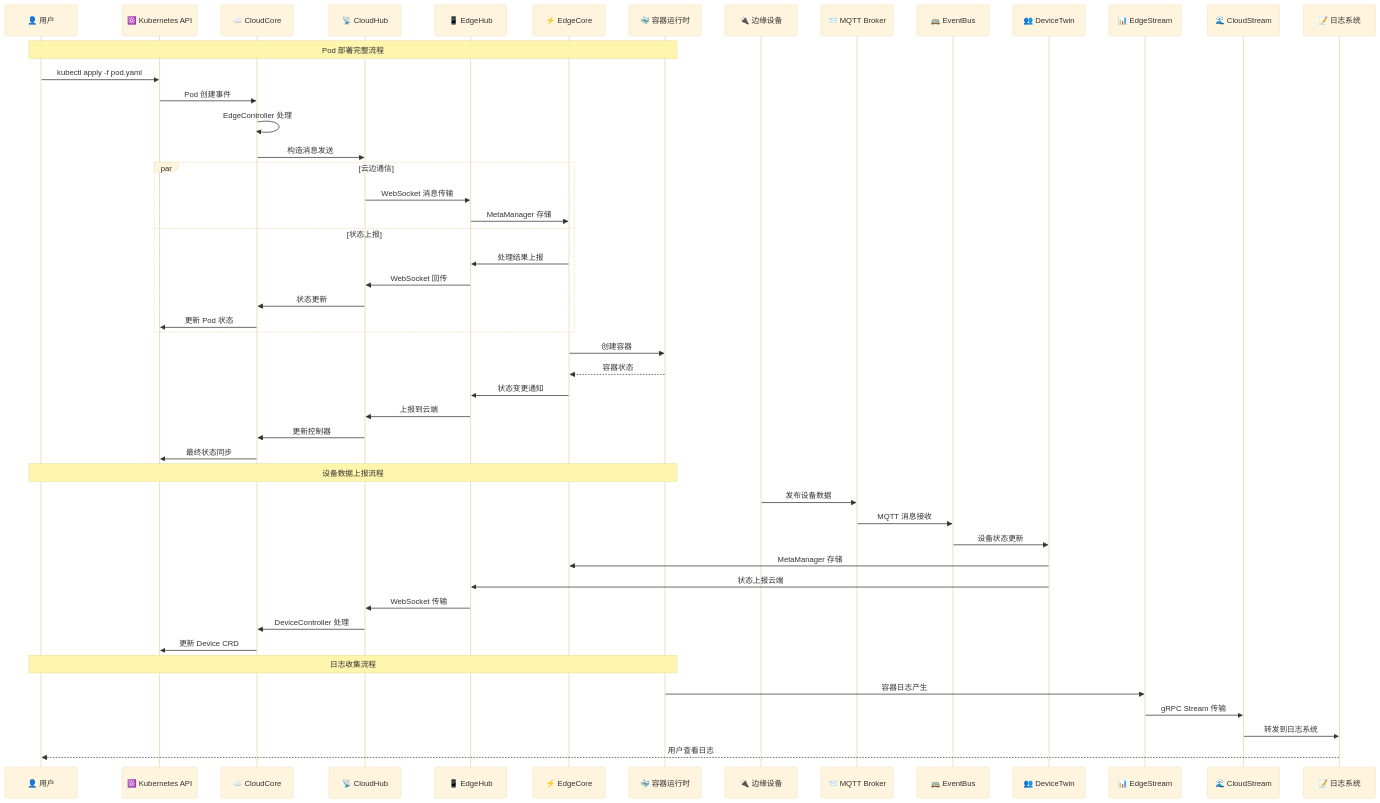
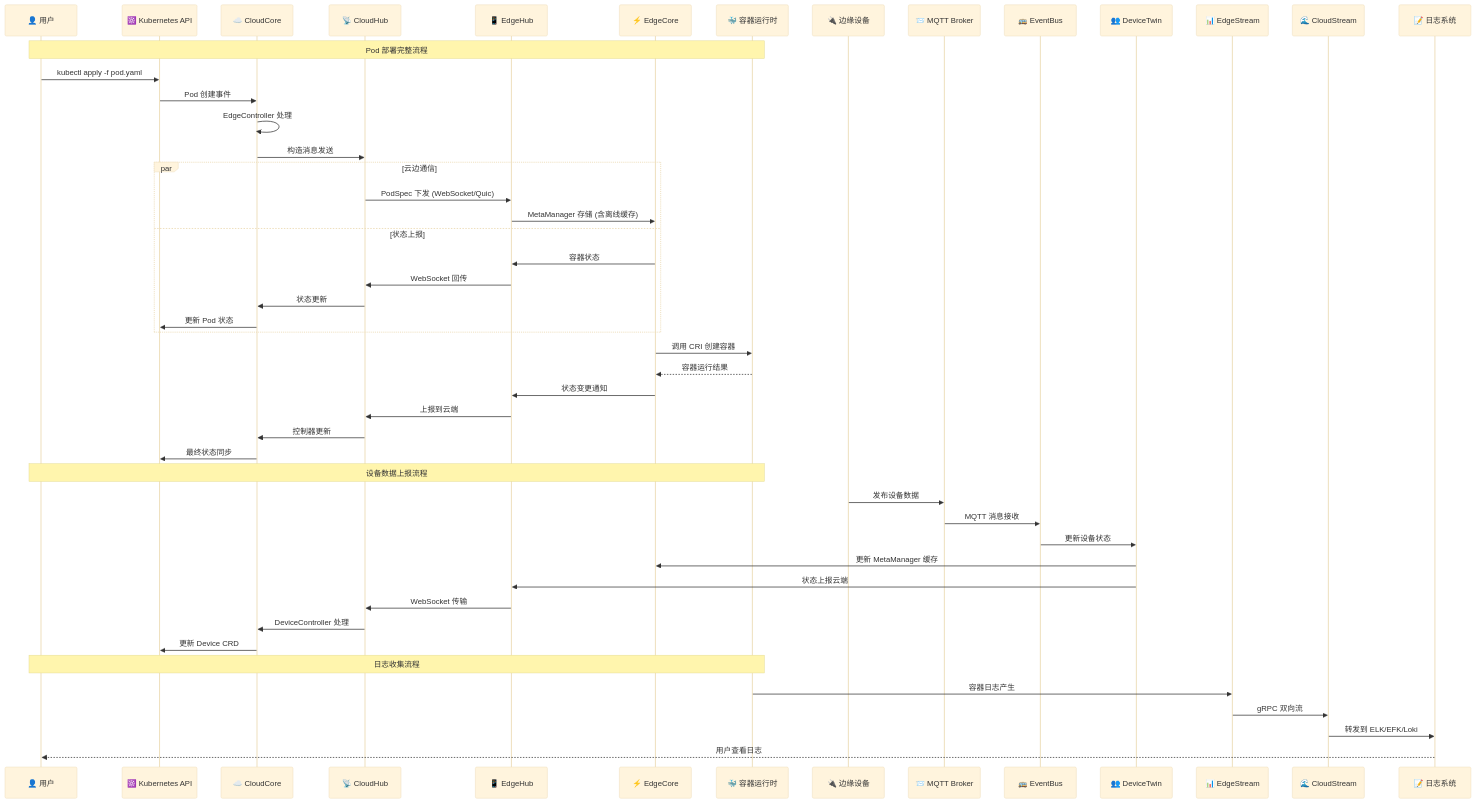
The third of 5 diagrams in docs/claude/05-architecture.md (whaili/kubeedge), drawn with Mermaid (base theme) before and after one commit. The commit also changed other lines of this file, not shown here.

````diff
--- a/docs/claude/05-architecture.md
+++ b/docs/claude/05-architecture.md
@@ -201,61 +201,61 @@
 ```mermaid
 sequenceDiagram
     participant User as 👤 用户
     participant K8s as ☸️ Kubernetes API
     participant CC as ☁️ CloudCore
     participant CH as 📡 CloudHub
     participant EH as 📱 EdgeHub
     participant EC as ⚡ EdgeCore
     participant RT as 🐳 容器运行时
 
     Note over User,RT: Pod 部署完整流程
 
     User->>K8s: kubectl apply -f pod.yaml
     K8s->>CC: Pod 创建事件
     CC->>CC: EdgeController 处理
     CC->>CH: 构造消息发送
 
     par 云边通信
-        CH->>EH: WebSocket 消息传输
-        EH->>EC: MetaManager 存储
+        CH->>EH: PodSpec 下发 (WebSocket/Quic)
+        EH->>EC: MetaManager 存储 (含离线缓存)
     and 状态上报
-        EC->>EH: 处理结果上报
+        EC->>EH: 容器状态
         EH->>CH: WebSocket 回传
         CH->>CC: 状态更新
         CC->>K8s: 更新 Pod 状态
     end
 
-    EC->>RT: 创建容器
-    RT-->>EC: 容器状态
+    EC->>RT: 调用 CRI 创建容器
+    RT-->>EC: 容器运行结果
     EC->>EH: 状态变更通知
     EH->>CH: 上报到云端
-    CH->>CC: 更新控制器
+    CH->>CC: 控制器更新
     CC->>K8s: 最终状态同步
 
     Note over User,RT: 设备数据上报流程
 
     participant Dev as 🔌 边缘设备
     participant MQTT as 📨 MQTT Broker
     participant EB as 🚌 EventBus
     participant DT as 👥 DeviceTwin
 
     Dev->>MQTT: 发布设备数据
     MQTT->>EB: MQTT 消息接收
-    EB->>DT: 设备状态更新
-    DT->>EC: MetaManager 存储
+    EB->>DT: 更新设备状态
+    DT->>EC: 更新 MetaManager 缓存
     DT->>EH: 状态上报云端
     EH->>CH: WebSocket 传输
     CH->>CC: DeviceController 处理
     CC->>K8s: 更新 Device CRD
 
     Note over User,RT: 日志收集流程
 
     participant ES as 📊 EdgeStream
     participant CS as 🌊 CloudStream
     participant Log as 📝 日志系统
 
     RT->>ES: 容器日志产生
-    ES->>CS: gRPC Stream 传输
-    CS->>Log: 转发到日志系统
+    ES->>CS: gRPC 双向流
+    CS->>Log: 转发到 ELK/EFK/Loki
     Log-->>User: 用户查看日志
 ```
````
